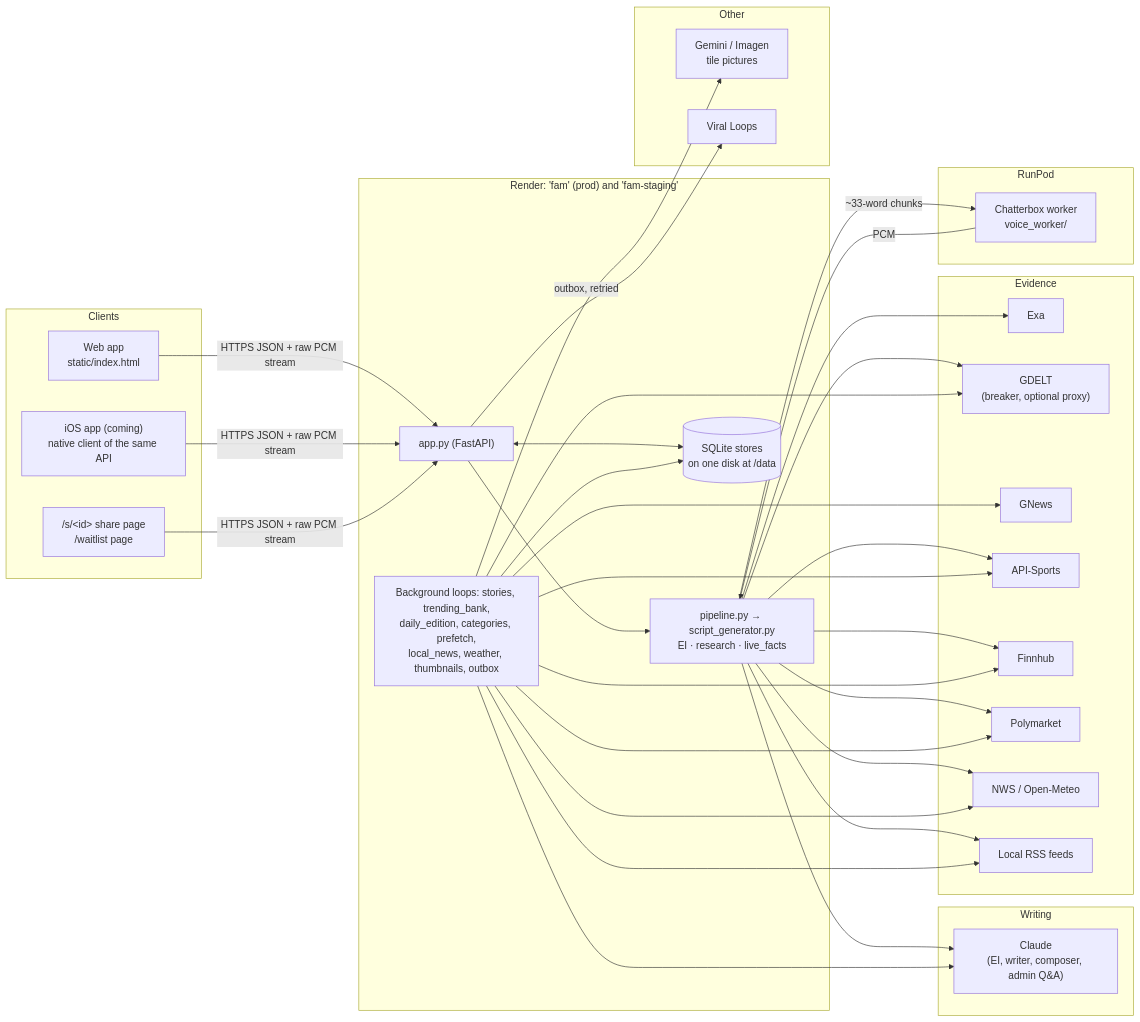
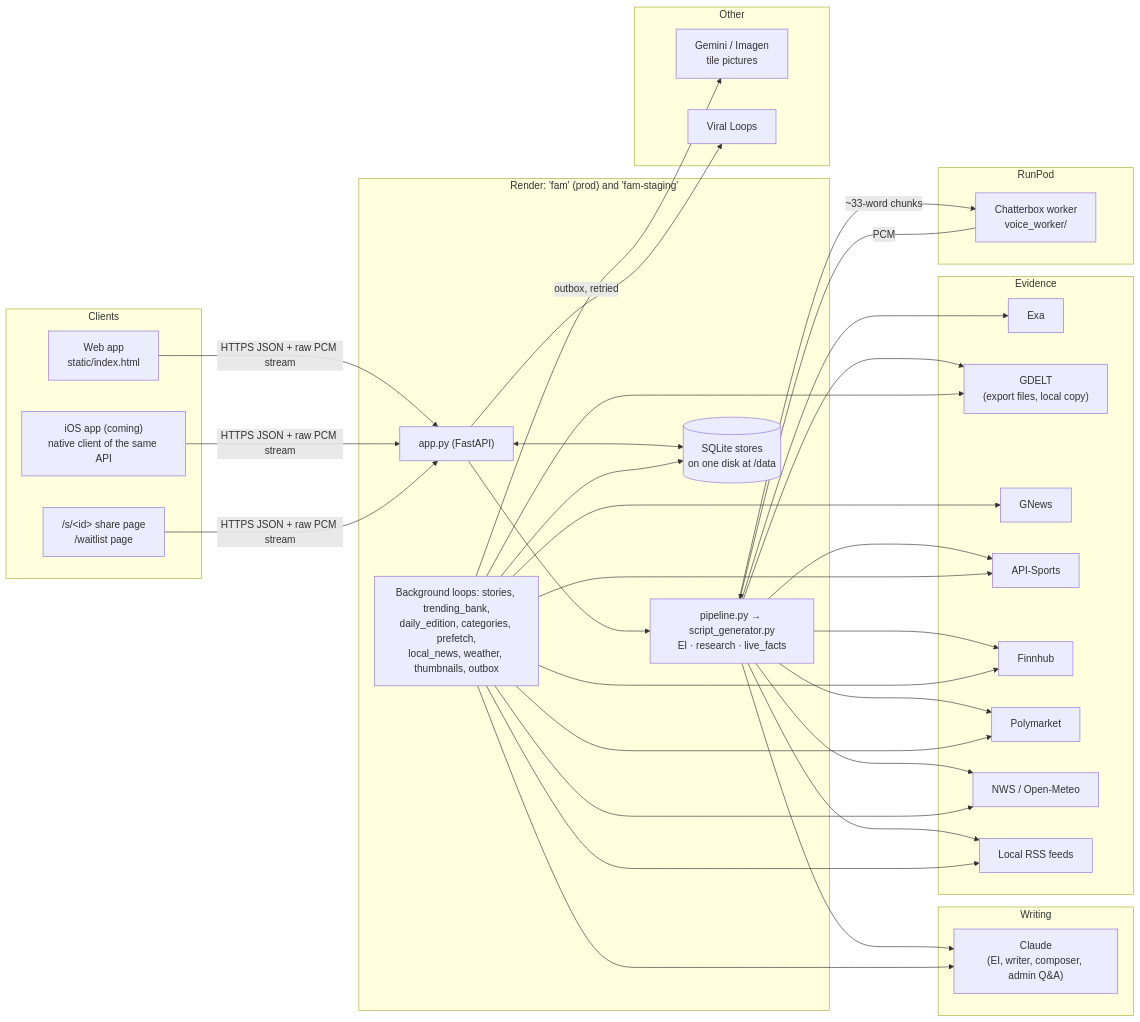
The diagram in docs/ONBOARDING.md (tjweingart-byte/FAM), drawn with Mermaid before and after one commit. The commit also changed other lines of this file and 37 other files, not shown here.

First line of the commit message:
§209: GDELT read from its export files; Polymarket asked for every outcome

````diff
--- a/docs/ONBOARDING.md
+++ b/docs/ONBOARDING.md
@@ -124,43 +124,43 @@
 ```mermaid
 flowchart LR
   subgraph Clients
     WEB["Web app<br/>static/index.html"]
     IOS["iOS app (coming)<br/>native client of the same API"]
     PAGES["/s/&lt;id&gt; share page<br/>/waitlist page"]
   end
   subgraph Render["Render: 'fam' (prod) and 'fam-staging'"]
     APP["app.py (FastAPI)"]
     PIPE["pipeline.py → script_generator.py<br/>EI · research · live_facts"]
     BG["Background loops: stories, trending_bank,<br/>daily_edition, categories, prefetch,<br/>local_news, weather, thumbnails, outbox"]
     DB[("SQLite stores<br/>on one disk at /data")]
   end
   subgraph Writing
     CL["Claude<br/>(EI, writer, composer, admin Q&A)"]
   end
   subgraph Evidence
     EXA[Exa]
-    GD["GDELT<br/>(breaker, optional proxy)"]
+    GD["GDELT<br/>(export files, local copy)"]
     GN[GNews]
     AS[API-Sports]
     FH[Finnhub]
     PM[Polymarket]
     WX[NWS / Open-Meteo]
     RSS[Local RSS feeds]
   end
   subgraph Other
     GEM["Gemini / Imagen<br/>tile pictures"]
     VL[Viral Loops]
   end
   subgraph RunPod
     TTS["Chatterbox worker<br/>voice_worker/"]
   end
   WEB & IOS & PAGES -- "HTTPS JSON + raw PCM stream" --> APP
   APP --> PIPE --> CL
   PIPE --> EXA & GD & AS & FH & PM & WX & RSS
   PIPE -- "~33-word chunks" --> TTS
   TTS -- PCM --> PIPE
   APP <--> DB
   BG --> CL & GN & GD & AS & FH & PM & WX & RSS & GEM
   BG --> DB
   APP -- "outbox, retried" --> VL
 ```
````
